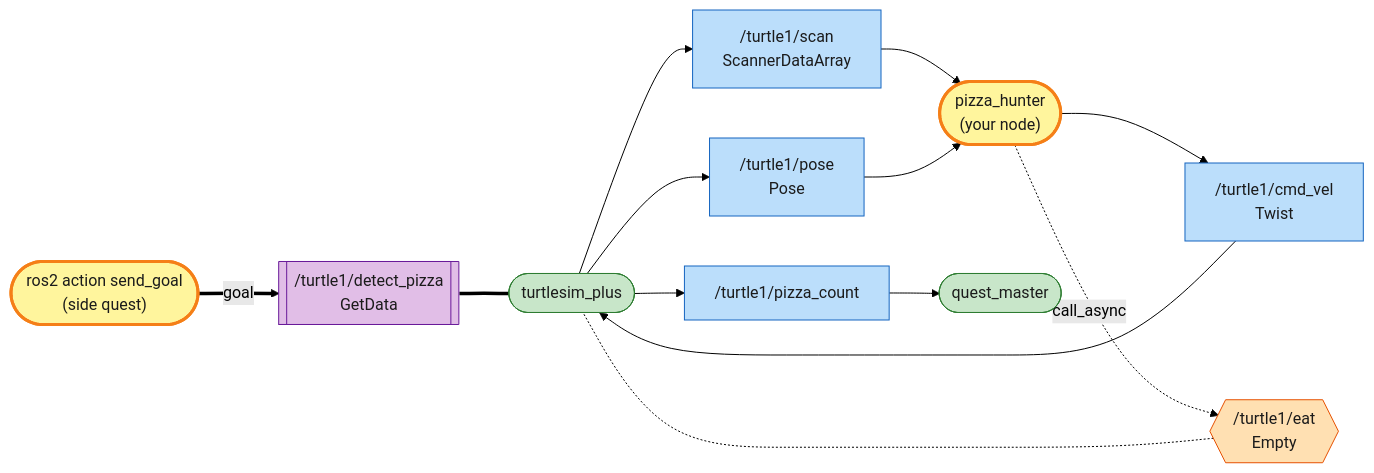
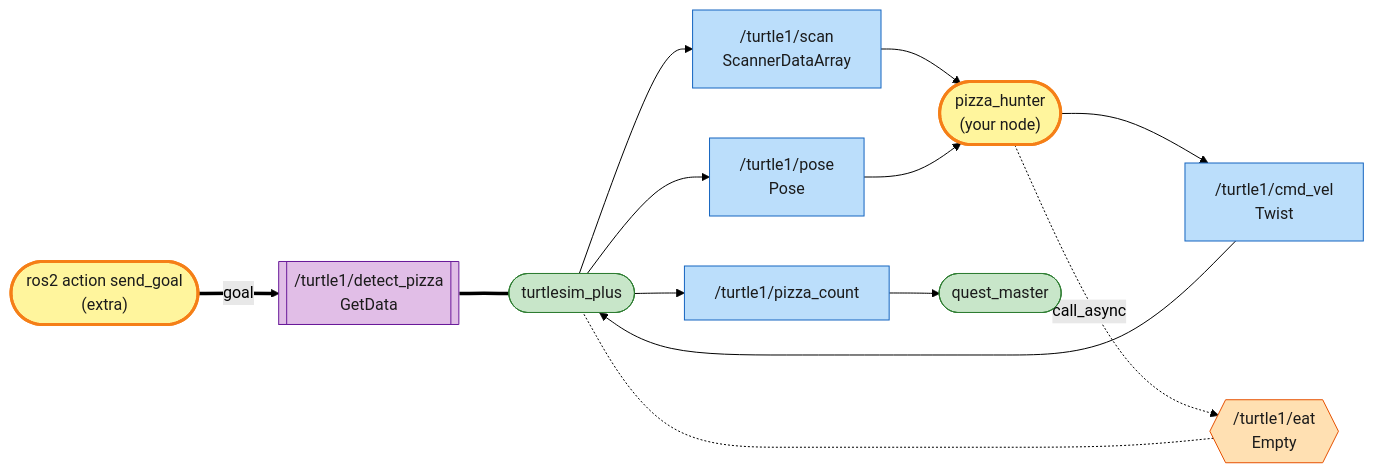
One commit to kittinook/ros2_tutorial changed the first of 3 diagrams in missions/06-pizza-hunter.md. Above: the diagram before and after it, drawn with Mermaid (forest theme). The commit also changed other lines of this file and 17 other files, not shown here.

````diff
--- a/missions/06-pizza-hunter.md
+++ b/missions/06-pizza-hunter.md
@@ -50,17 +46,17 @@
 ```mermaid
 flowchart LR
     classDef ros fill:#c8e6c9,stroke:#2e7d32,color:#1b1b1b
     classDef mine fill:#fff59d,stroke:#f57f17,stroke-width:3px,color:#1b1b1b
     classDef topic fill:#bbdefb,stroke:#1565c0,color:#1b1b1b
     classDef srv fill:#ffe0b2,stroke:#e65100,color:#1b1b1b
     classDef act fill:#e1bee7,stroke:#6a1b9a,color:#1b1b1b
     classDef param fill:#eeeeee,stroke:#616161,color:#1b1b1b
     classDef off fill:#f5f5f5,stroke:#9e9e9e,stroke-dasharray:4 3,color:#757575
     SIM(["turtlesim_plus"]):::ros
     SIM --> SCAN["/turtle1/scan<br/>ScannerDataArray"]:::topic --> ME
     SIM --> POSE["/turtle1/pose<br/>Pose"]:::topic --> ME
     ME(["pizza_hunter<br/>(your node)"]):::mine --> CMD["/turtle1/cmd_vel<br/>Twist"]:::topic --> SIM
     ME -. "call_async" .-> EAT{{"/turtle1/eat<br/>Empty"}}:::srv -.- SIM
-    CLI(["ros2 action send_goal<br/>(side quest)"]):::mine == goal ==> DP[["/turtle1/detect_pizza<br/>GetData"]]:::act === SIM
+    CLI(["ros2 action send_goal<br/>(extra)"]):::mine == goal ==> DP[["/turtle1/detect_pizza<br/>GetData"]]:::act === SIM
     SIM --> PC["/turtle1/pizza_count"]:::topic --> QM(["quest_master"]):::ros
 ```
````
